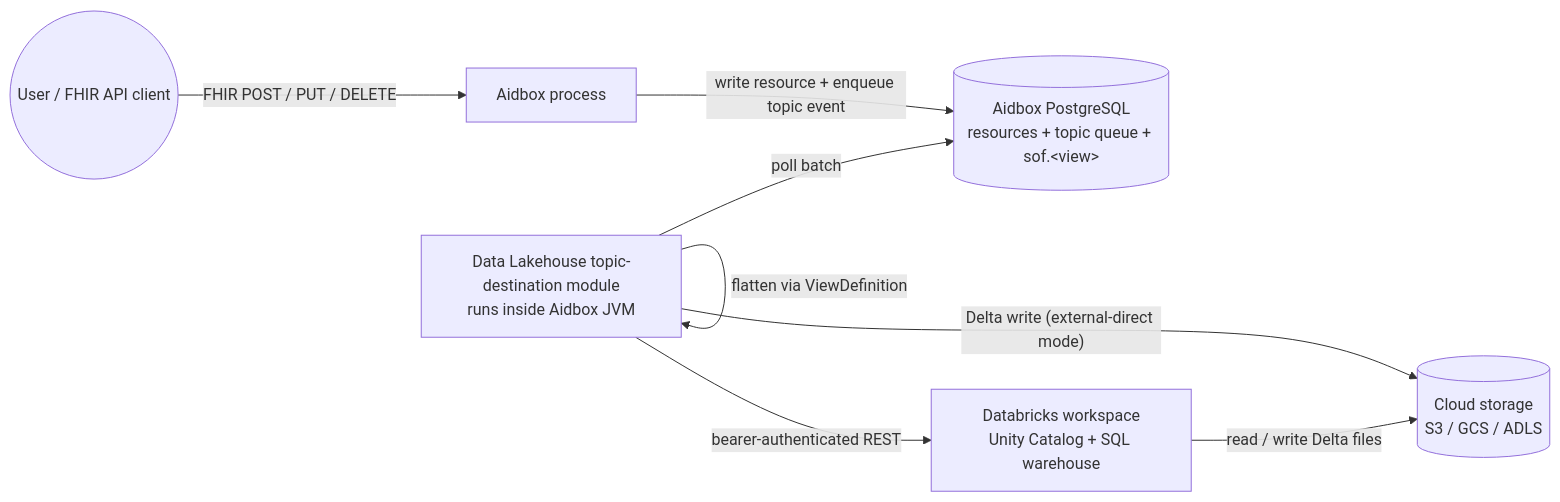
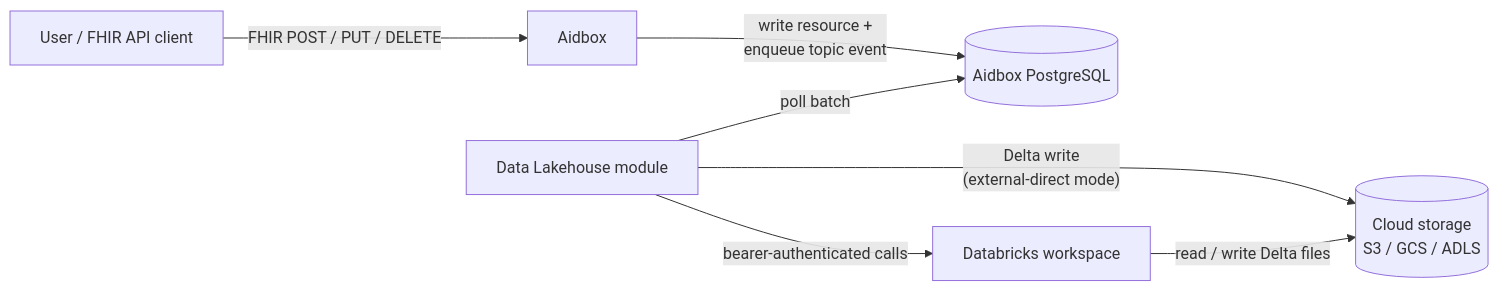
One commit to HealthSamurai/aidbox-docs changed the first of 6 diagrams in docs/tutorials/subscriptions-tutorials/data-lakehouse-aidboxtopicdestination.md. Above: the diagram before and after it, drawn with Mermaid. The commit also changed other lines of this file, not shown here.

First line of the commit message:
docs: drop unsourced cost claims; reader-friendly diagrams; param tabs

````diff
--- a/docs/tutorials/subscriptions-tutorials/data-lakehouse-aidboxtopicdestination.md
+++ b/docs/tutorials/subscriptions-tutorials/data-lakehouse-aidboxtopicdestination.md
@@ -71,17 +71,16 @@
 ```mermaid
 graph LR
-    Client((User / FHIR API client)):::blue2
-    Aidbox[Aidbox process]:::blue2
-    PG[(Aidbox PostgreSQL<br/>resources + topic queue + sof.&lt;view&gt;)]:::neutral2
-    Mod[Data Lakehouse topic-destination module<br/>runs inside Aidbox JVM]:::yellow2
-    DBX[Databricks workspace<br/>Unity Catalog + SQL warehouse]:::green2
+    Client[User / FHIR API client]:::blue2
+    Aidbox[Aidbox]:::blue2
+    PG[(Aidbox PostgreSQL)]:::neutral2
+    Mod[Data Lakehouse module]:::yellow2
+    DBX[Databricks workspace]:::green2
     FS[(Cloud storage<br/>S3 / GCS / ADLS)]:::violet2
 
     Client -- FHIR POST / PUT / DELETE --> Aidbox
-    Aidbox -- write resource + enqueue topic event --> PG
+    Aidbox -- write resource +<br/>enqueue topic event --> PG
     Mod -- poll batch --> PG
-    Mod -- flatten via ViewDefinition --> Mod
-    Mod -- bearer-authenticated REST --> DBX
-    Mod -- Delta write (external-direct mode) --> FS
+    Mod -- bearer-authenticated calls --> DBX
+    Mod -- Delta write<br/>(external-direct mode) --> FS
     DBX -- read / write Delta files --> FS
 ```
````
